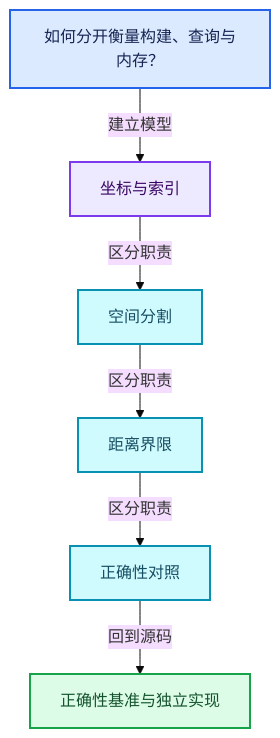
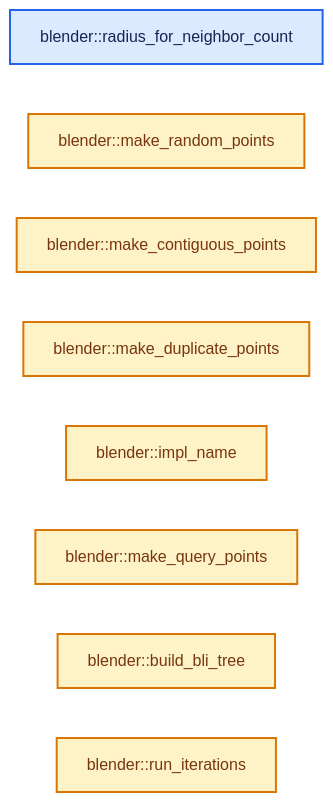
Before and after one commit to yunkezengren/blender-.vscode: the second of 4 diagrams in 杂/markdown/全面学习-codex/12-空间数据结构与几何算法/08-正确性基准与独立实现.md, drawn with Mermaid (base theme). The commit also changed other lines of this file and 1930 other files, not shown here.

````diff
--- a/杂/markdown/全面学习-codex/12-空间数据结构与几何算法/08-正确性基准与独立实现.md
+++ b/杂/markdown/全面学习-codex/12-空间数据结构与几何算法/08-正确性基准与独立实现.md
@@ -58,20 +46,17 @@
 ```mermaid
-flowchart TB
-  Q["如何分开衡量构建、查询与内存？"]:::input
-  C0["坐标与索引"]:::abstraction
-  C1["空间分割"]:::data
-  C2["距离界限"]:::data
-  C3["正确性对照"]:::data
-  R["正确性基准与独立实现"]:::result
-  Q -->|"建立模型"| C0
-  C0 -->|"区分职责"| C1
-  C1 -->|"区分职责"| C2
-  C2 -->|"区分职责"| C3
-  C3 -->|"回到源码"| R
+flowchart LR
+  F0["blender::radius_for_neighbor_count"]:::input
+  F1["blender::make_random_points"]:::compute
+  F2["blender::make_contiguous_points"]:::compute
+  F3["blender::make_duplicate_points"]:::compute
+  F4["blender::impl_name"]:::compute
+  F5["blender::make_query_points"]:::compute
+  F6["blender::build_bli_tree"]:::compute
+  F7["blender::run_iterations"]:::compute
   classDef input fill:#DBEAFE,stroke:#2563EB,color:#172554,stroke-width:2px;
   classDef data fill:#CFFAFE,stroke:#0891B2,color:#164E63,stroke-width:2px;
   classDef abstraction fill:#EDE9FE,stroke:#7C3AED,color:#3B0764,stroke-width:2px;
   classDef compute fill:#FEF3C7,stroke:#D97706,color:#78350F,stroke-width:2px;
   classDef result fill:#DCFCE7,stroke:#16A34A,color:#14532D,stroke-width:2px;
   classDef error fill:#FEE2E2,stroke:#DC2626,color:#7F1D1D,stroke-width:2px;
 ```
````
